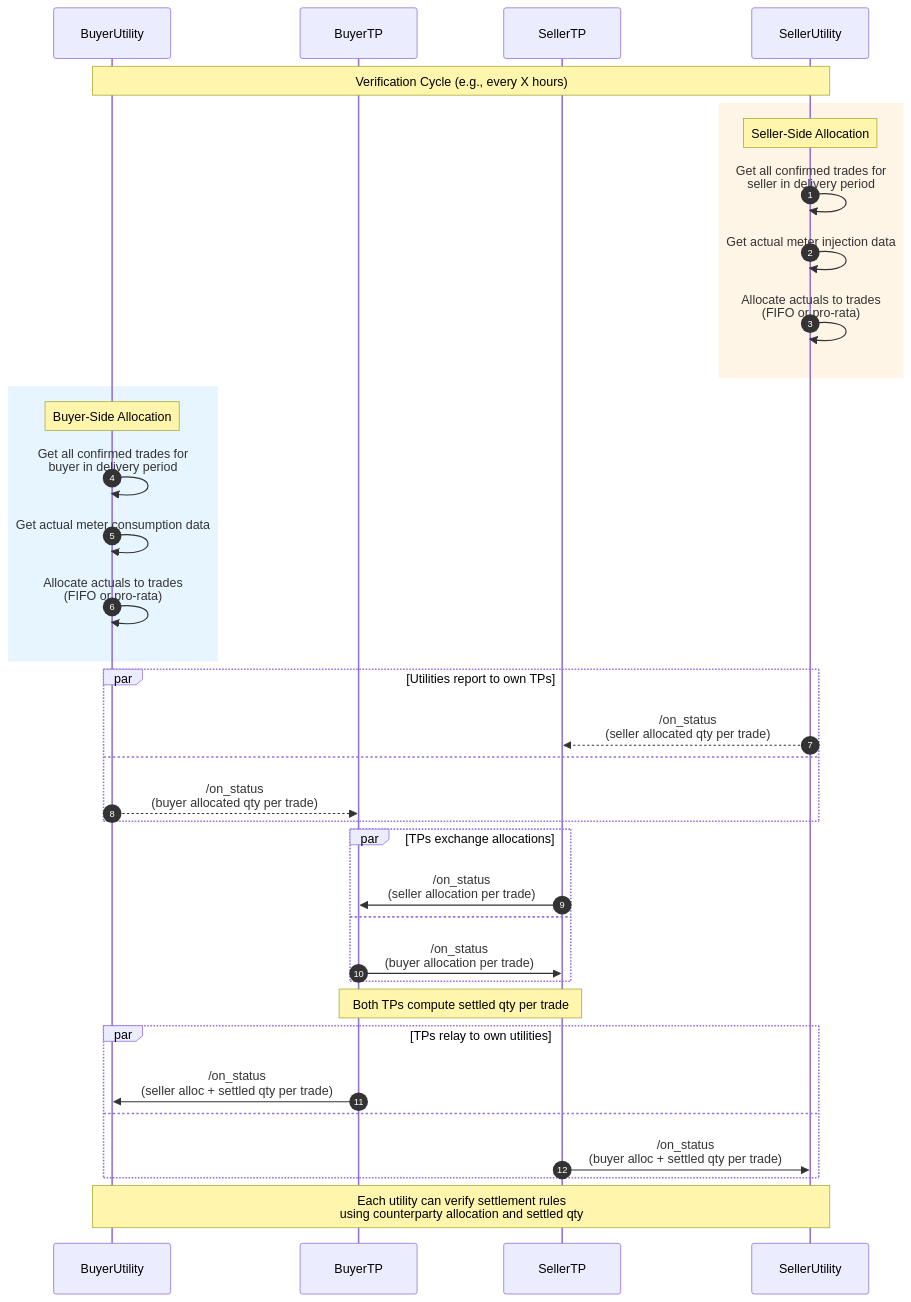
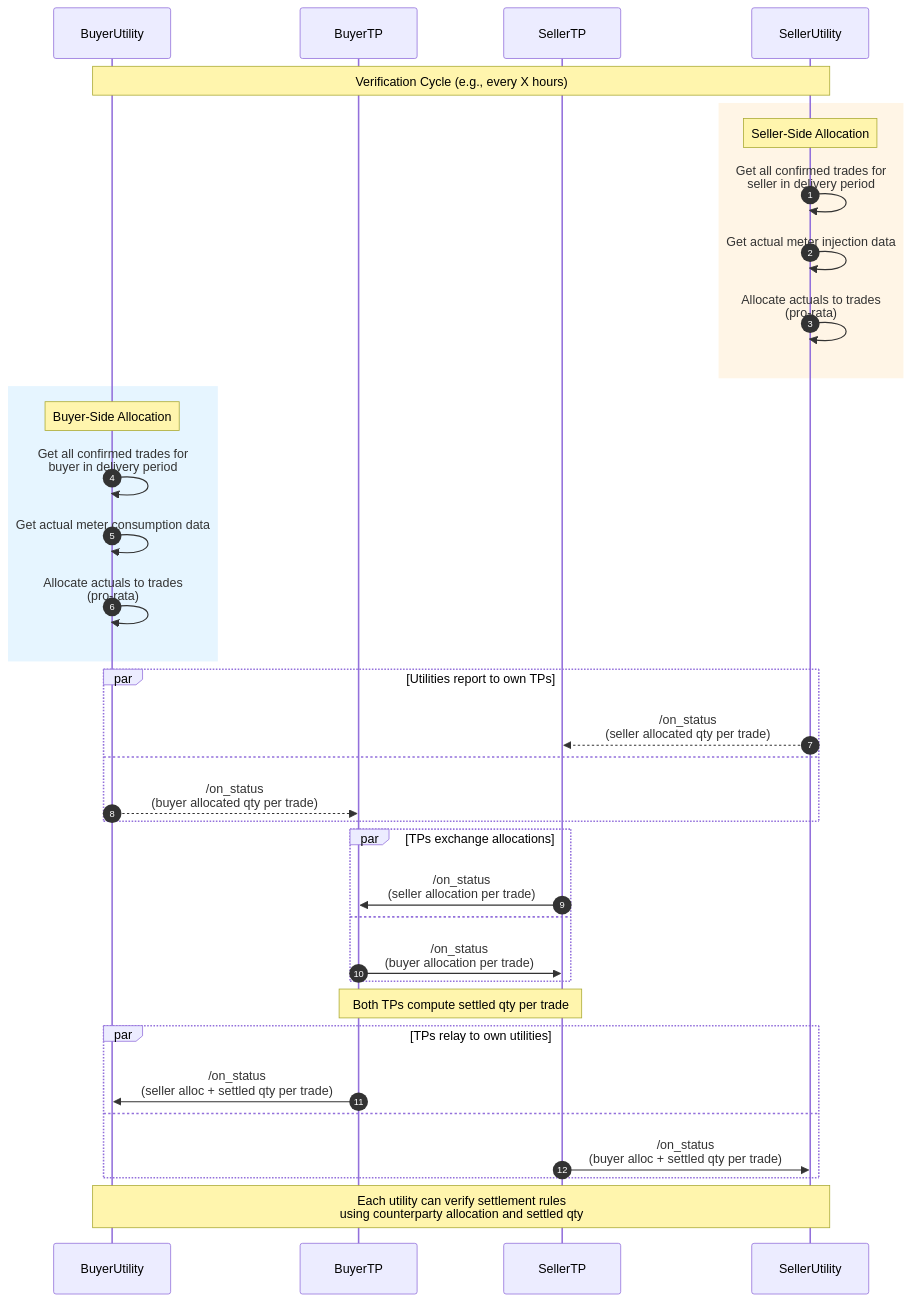
One commit to areebahmeddd/digital-energy-grid changed the eighth of 10 diagrams in docs/implementation-guides/v2/P2P_Trading/Inter_energy_retailer_P2P_trading_altarch_draft.md. Above: the diagram before and after it, drawn with Mermaid. The commit also changed other lines of this file, not shown here.

````diff
--- a/docs/implementation-guides/v2/P2P_Trading/Inter_energy_retailer_P2P_trading_altarch_draft.md
+++ b/docs/implementation-guides/v2/P2P_Trading/Inter_energy_retailer_P2P_trading_altarch_draft.md
@@ -392,46 +392,46 @@
 ```mermaid
 sequenceDiagram
     autonumber
     participant BuyerUtility as BuyerUtility
     participant BuyerTP as BuyerTP
     participant SellerTP as SellerTP
     participant SellerUtility as SellerUtility
 
     Note over BuyerUtility,SellerUtility: Verification Cycle (e.g., every X hours)
 
     rect rgb(255, 245, 230)
     Note over SellerUtility: Seller-Side Allocation
     SellerUtility->>SellerUtility: Get all confirmed trades for<br/>seller in delivery period
     SellerUtility->>SellerUtility: Get actual meter injection data
-    SellerUtility->>SellerUtility: Allocate actuals to trades<br/>(FIFO or pro-rata)
+    SellerUtility->>SellerUtility: Allocate actuals to trades<br/>(pro-rata)
     end
 
     rect rgb(230, 245, 255)
     Note over BuyerUtility: Buyer-Side Allocation
     BuyerUtility->>BuyerUtility: Get all confirmed trades for<br/>buyer in delivery period
     BuyerUtility->>BuyerUtility: Get actual meter consumption data
-    BuyerUtility->>BuyerUtility: Allocate actuals to trades<br/>(FIFO or pro-rata)
+    BuyerUtility->>BuyerUtility: Allocate actuals to trades<br/>(pro-rata)
     end
 
     par Utilities report to own TPs
         SellerUtility-->>SellerTP: /on_status<br/>(seller allocated qty per trade)
     and
         BuyerUtility-->>BuyerTP: /on_status<br/>(buyer allocated qty per trade)
     end
 
     par TPs exchange allocations
         SellerTP->>BuyerTP: /on_status<br/>(seller allocation per trade)
     and
         BuyerTP->>SellerTP: /on_status<br/>(buyer allocation per trade)
     end
 
     Note over BuyerTP,SellerTP: Both TPs compute settled qty per trade
 
     par TPs relay to own utilities
         BuyerTP->>BuyerUtility: /on_status<br/>(seller alloc + settled qty per trade)
     and
         SellerTP->>SellerUtility: /on_status<br/>(buyer alloc + settled qty per trade)
     end
 
     Note over BuyerUtility,SellerUtility: Each utility can verify settlement rules<br/>using counterparty allocation and settled qty
 ```
````
